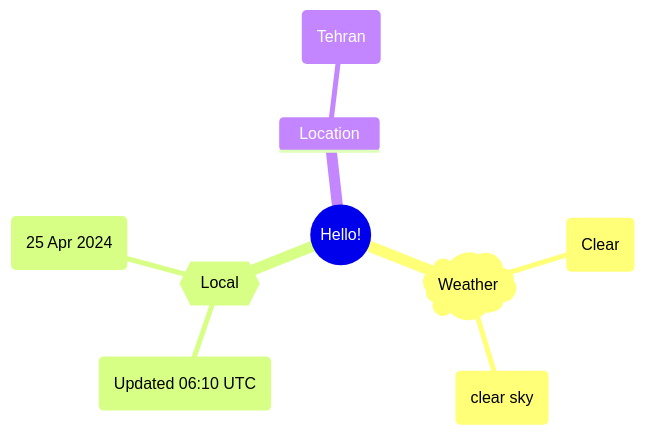
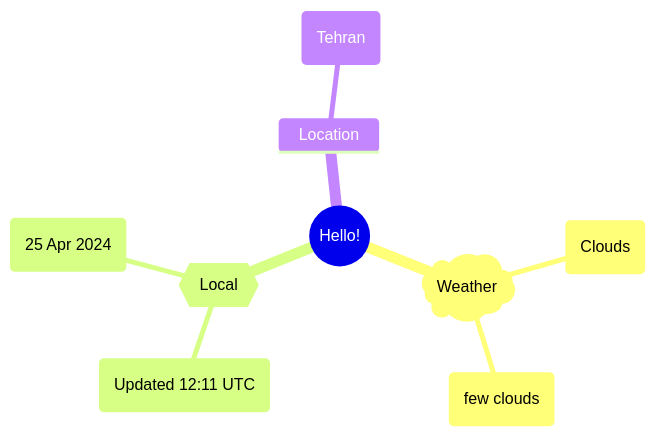
Before and after one commit to Xosrov/Xosrov: the first of 2 diagrams in README.md, drawn with Mermaid.

Commit message:
[bot] updated images

````diff
--- a/README.md
+++ b/README.md
@@ -3,12 +3,12 @@
 ```mermaid
 mindmap
   root((Hello!))
     )Weather(
-        (Clear)
-        (clear sky)
+        (Clouds)
+        (few clouds)
     {{Local}}
-        (Updated 06:10 UTC)
+        (Updated 12:11 UTC)
         (25 Apr 2024)
     Location
         (Tehran)
 ```
````
